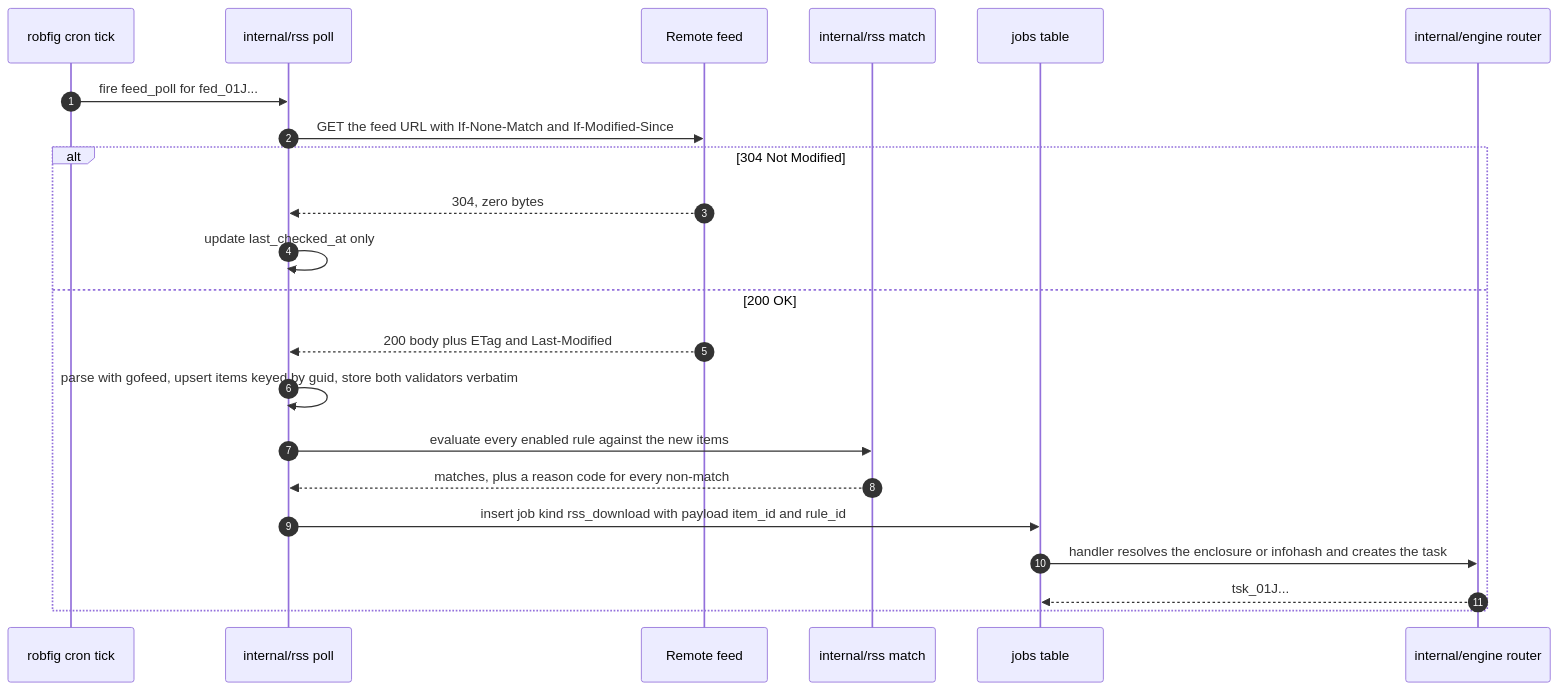
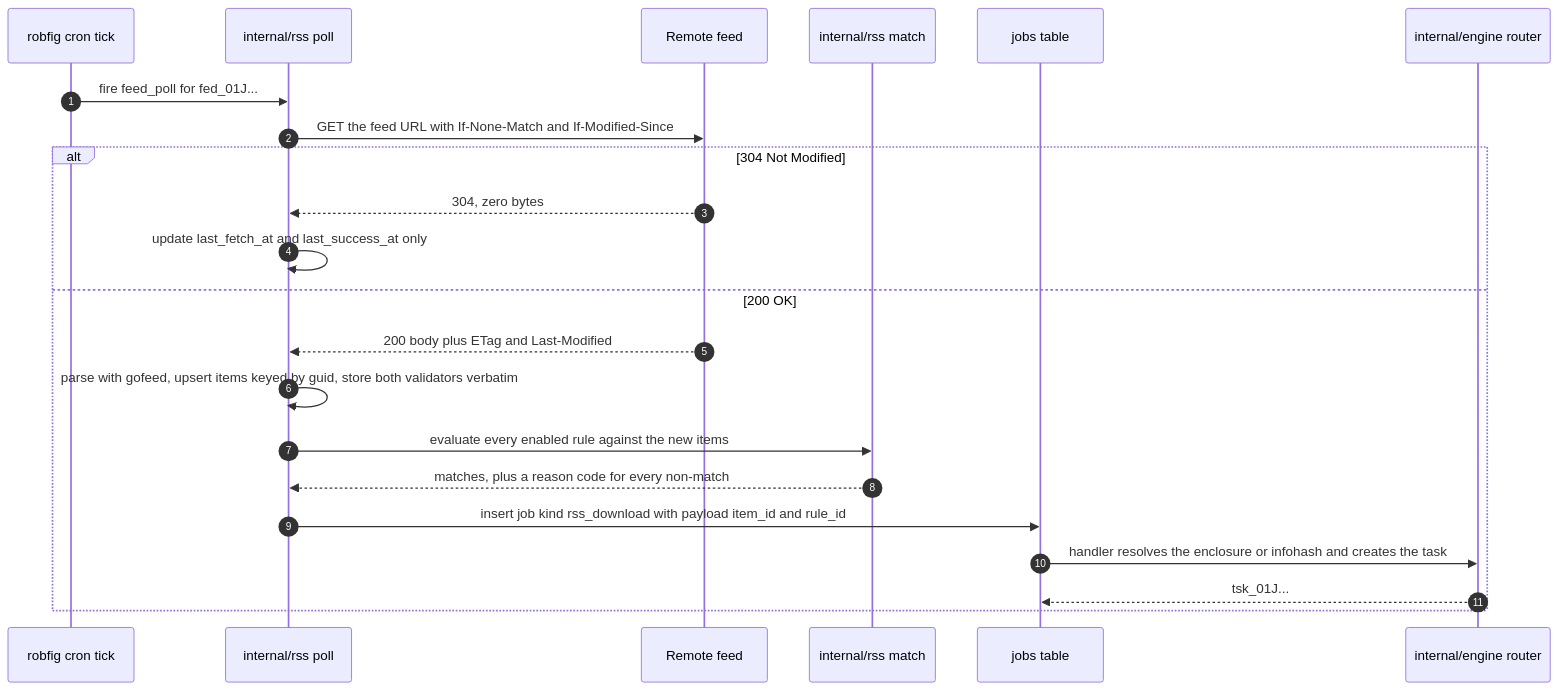
The sixth of 8 diagrams in docs/03-architecture.md (L-K-M/dl-tool), drawn with Mermaid before and after one commit. The commit also changed 3 other files, not shown here.

````diff
--- a/docs/03-architecture.md
+++ b/docs/03-architecture.md
@@ -254,24 +254,24 @@
 ```mermaid
 sequenceDiagram
     autonumber
     participant CRON as robfig cron tick
     participant POLL as internal/rss poll
     participant FEED as Remote feed
     participant MATCH as internal/rss match
     participant JOBS as jobs table
     participant ENG as internal/engine router
     CRON->>POLL: fire feed_poll for fed_01J...
     POLL->>FEED: GET the feed URL with If-None-Match and If-Modified-Since
     alt 304 Not Modified
         FEED-->>POLL: 304, zero bytes
-        POLL->>POLL: update last_checked_at only
+        POLL->>POLL: update last_fetch_at and last_success_at only
     else 200 OK
         FEED-->>POLL: 200 body plus ETag and Last-Modified
         POLL->>POLL: parse with gofeed, upsert items keyed by guid, store both validators verbatim
         POLL->>MATCH: evaluate every enabled rule against the new items
         MATCH-->>POLL: matches, plus a reason code for every non-match
         POLL->>JOBS: insert job kind rss_download with payload item_id and rule_id
         JOBS->>ENG: handler resolves the enclosure or infohash and creates the task
         ENG-->>JOBS: tsk_01J...
     end
 ```
````
